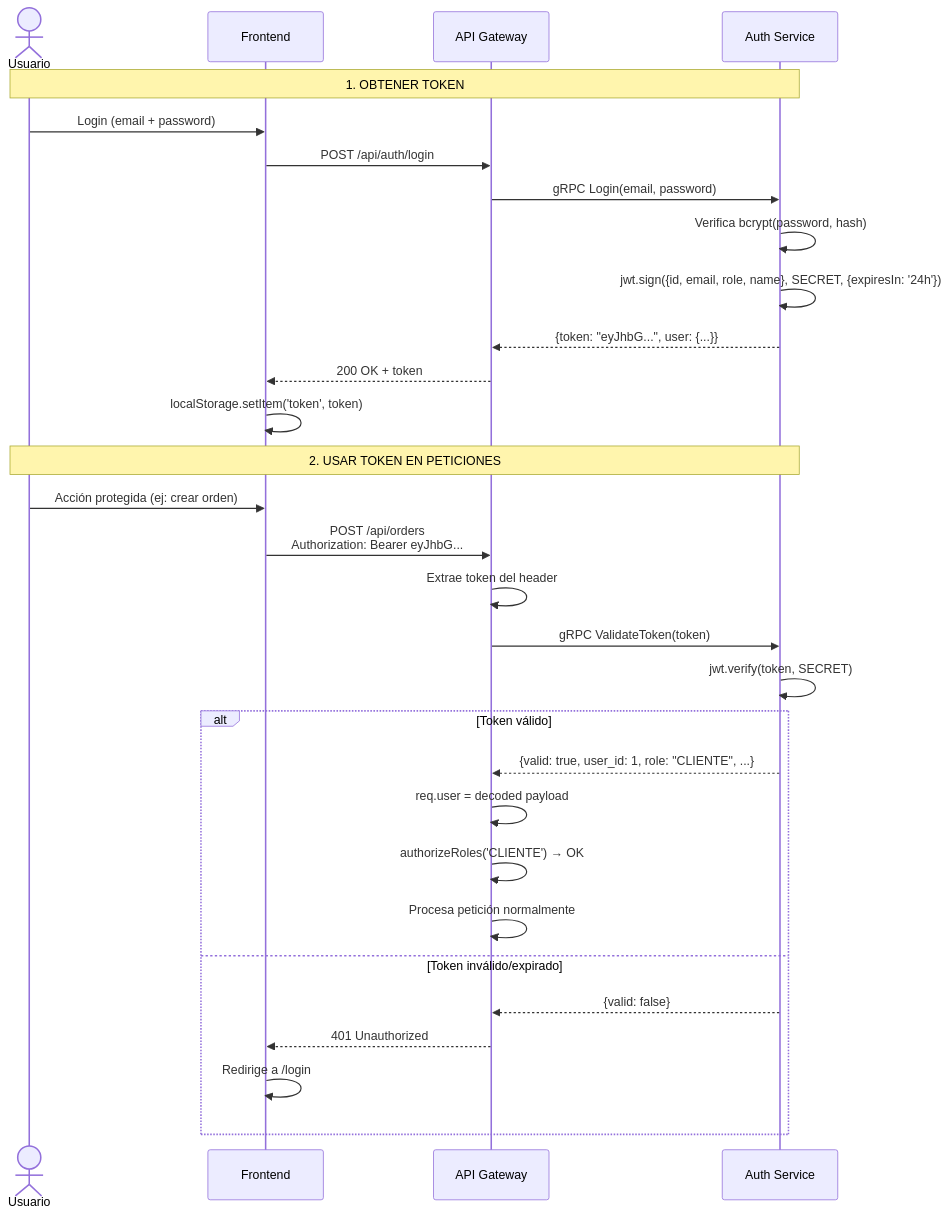
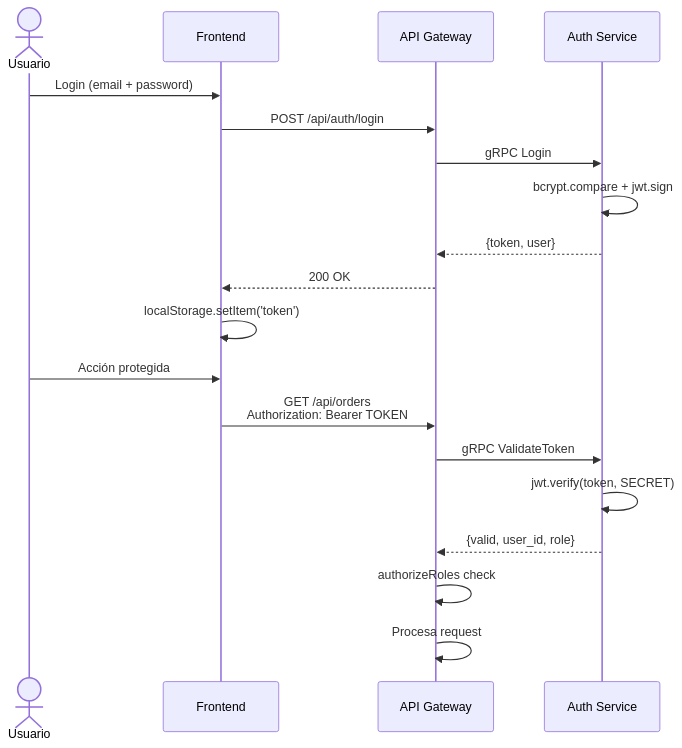
Before and after one commit to iamjalberto/delivereats-deploy: the fourth of 5 diagrams in docs/DOCUMENTACION_FASE2.md, drawn with Mermaid. The commit also changed other lines of this file, not shown here.

````diff
--- a/docs/DOCUMENTACION_FASE2.md
+++ b/docs/DOCUMENTACION_FASE2.md
@@ -1244,34 +729,23 @@
 ```mermaid
 sequenceDiagram
     actor U as Usuario
     participant FE as Frontend
     participant GW as API Gateway
     participant AS as Auth Service
 
-    Note over U,AS: 1. OBTENER TOKEN
     U->>FE: Login (email + password)
     FE->>GW: POST /api/auth/login
-    GW->>AS: gRPC Login(email, password)
-    AS->>AS: Verifica bcrypt(password, hash)
-    AS->>AS: jwt.sign({id, email, role, name}, SECRET, {expiresIn: '24h'})
-    AS-->>GW: {token: "eyJhbG...", user: {...}}
-    GW-->>FE: 200 OK + token
-    FE->>FE: localStorage.setItem('token', token)
+    GW->>AS: gRPC Login
+    AS->>AS: bcrypt.compare + jwt.sign
+    AS-->>GW: {token, user}
+    GW-->>FE: 200 OK
+    FE->>FE: localStorage.setItem('token')
 
-    Note over U,AS: 2. USAR TOKEN EN PETICIONES
-    U->>FE: Acción protegida (ej: crear orden)
-    FE->>GW: POST /api/orders<br/>Authorization: Bearer eyJhbG...
-    GW->>GW: Extrae token del header
-    GW->>AS: gRPC ValidateToken(token)
+    U->>FE: Acción protegida
+    FE->>GW: GET /api/orders<br/>Authorization: Bearer TOKEN
+    GW->>AS: gRPC ValidateToken
     AS->>AS: jwt.verify(token, SECRET)
-    alt Token válido
-        AS-->>GW: {valid: true, user_id: 1, role: "CLIENTE", ...}
-        GW->>GW: req.user = decoded payload
-        GW->>GW: authorizeRoles('CLIENTE') → OK
-        GW->>GW: Procesa petición normalmente
-    else Token inválido/expirado
-        AS-->>GW: {valid: false}
-        GW-->>FE: 401 Unauthorized
-        FE->>FE: Redirige a /login
-    end
+    AS-->>GW: {valid, user_id, role}
+    GW->>GW: authorizeRoles check
+    GW->>GW: Procesa request
 ```
````
